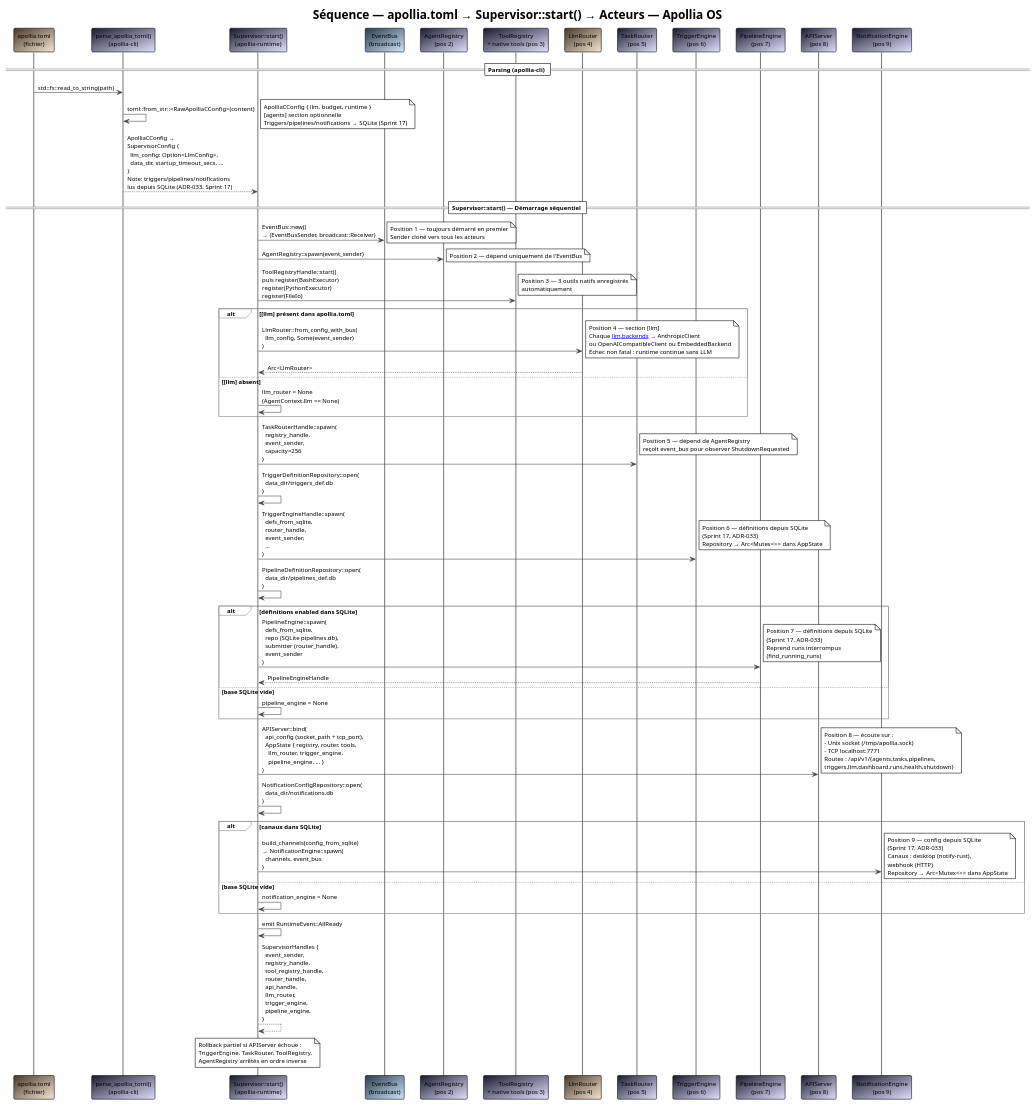
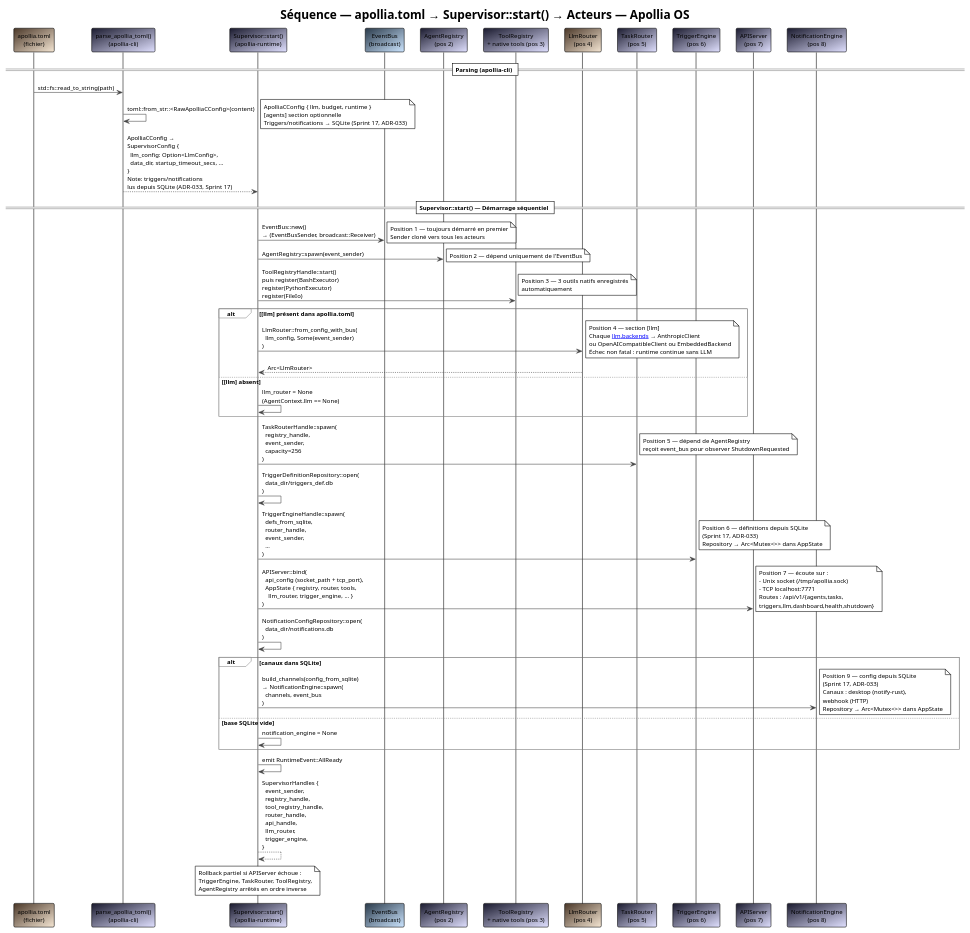
The diagram in docs/diagrams/seq-config-to-actors.puml (nidal-z/apollia-os), drawn with PlantUML before and after one commit. The commit also changed 50 other files, not shown here.

```diff
--- a/docs/diagrams/seq-config-to-actors.puml
+++ b/docs/diagrams/seq-config-to-actors.puml
@@ -1,85 +1,75 @@
 @startuml seq-config-to-actors
 !theme plain
 skinparam backgroundColor #FFFFFF
 skinparam defaultFontName "JetBrains Mono"
 skinparam defaultFontSize 11
 skinparam ArrowColor #444444
 skinparam BorderColor #444444
 skinparam SequenceGroupBorderColor #888888
 
 title Séquence — apollia.toml → Supervisor::start() → Acteurs — Apollia OS
 
 participant "apollia.toml\n(fichier)" as toml #4a3728/f5e6d3
 participant "parse_apollia_toml()\n(apollia-cli)" as cfg #1a1a2e/e0e0ff
 participant "Supervisor::start()\n(apollia-runtime)" as sup #1a1a2e/e0e0ff
 
 participant "EventBus\n(broadcast)" as bus #2a3a4a/cce5ff
 participant "AgentRegistry\n(pos 2)" as reg #1a1a2e/e0e0ff
 participant "ToolRegistry\n+ native tools (pos 3)" as tools #1a1a2e/e0e0ff
 participant "LlmRouter\n(pos 4)" as llm #4a3728/f5e6d3
 participant "TaskRouter\n(pos 5)" as router #1a1a2e/e0e0ff
 participant "TriggerEngine\n(pos 6)" as trig #1a1a2e/e0e0ff
-participant "PipelineEngine\n(pos 7)" as pipe #1a1a2e/e0e0ff
-participant "APIServer\n(pos 8)" as api #1a1a2e/e0e0ff
-participant "NotificationEngine\n(pos 9)" as notif #1a1a2e/e0e0ff
+participant "APIServer\n(pos 7)" as api #1a1a2e/e0e0ff
+participant "NotificationEngine\n(pos 8)" as notif #1a1a2e/e0e0ff
 
 == Parsing (apollia-cli) ==
 
 toml -> cfg : std::fs::read_to_string(path)
 cfg -> cfg : toml::from_str::<RawApolliaCConfig>(content)
-note right : ApolliaCConfig { llm, budget, runtime }\n[agents] section optionnelle\nTriggers/pipelines/notifications → SQLite (Sprint 17)
+note right : ApolliaCConfig { llm, budget, runtime }\n[agents] section optionnelle\nTriggers/notifications → SQLite (Sprint 17, ADR-033)
 
-cfg --> sup : ApolliaCConfig →\nSupervisorConfig {\n  llm_config: Option<LlmConfig>,\n  data_dir, startup_timeout_secs, ...\n}\nNote: triggers/pipelines/notifications\nlus depuis SQLite (ADR-033, Sprint 17)
+cfg --> sup : ApolliaCConfig →\nSupervisorConfig {\n  llm_config: Option<LlmConfig>,\n  data_dir, startup_timeout_secs, ...\n}\nNote: triggers/notifications\nlus depuis SQLite (ADR-033, Sprint 17)
 
 == Supervisor::start() — Démarrage séquentiel ==
 
 sup -> bus : EventBus::new()\n→ (EventBusSender, broadcast::Receiver)
 note right : Position 1 — toujours démarré en premier\nSender cloné vers tous les acteurs
 
 sup -> reg : AgentRegistry::spawn(event_sender)
 note right : Position 2 — dépend uniquement de l'EventBus
 
 sup -> tools : ToolRegistryHandle::start()\npuis register(BashExecutor)\nregister(PythonExecutor)\nregister(FileIo)
 note right : Position 3 — 3 outils natifs enregistrés\nautomatiquement
 
 alt [llm] présent dans apollia.toml
   sup -> llm : LlmRouter::from_config_with_bus(\n  llm_config, Some(event_sender)\n)
   note right : Position 4 — section [llm]\nChaque [[llm.backends]] → AnthropicClient\nou OpenAICompatibleClient ou EmbeddedBackend\nÉchec non fatal : runtime continue sans LLM
   llm --> sup : Arc<LlmRouter>
 else [llm] absent
   sup -> sup : llm_router = None\n(AgentContext.llm == None)
 end
 
 sup -> router : TaskRouterHandle::spawn(\n  registry_handle,\n  event_sender,\n  capacity=256\n)
 note right : Position 5 — dépend de AgentRegistry\nreçoit event_bus pour observer ShutdownRequested
 
 sup -> sup : TriggerDefinitionRepository::open(\n  data_dir/triggers_def.db\n)
 sup -> trig : TriggerEngineHandle::spawn(\n  defs_from_sqlite,\n  router_handle,\n  event_sender,\n  ...\n)
 note right : Position 6 — définitions depuis SQLite\n(Sprint 17, ADR-033)\nRepository → Arc<Mutex<>> dans AppState
 
-sup -> sup : PipelineDefinitionRepository::open(\n  data_dir/pipelines_def.db\n)
-alt définitions enabled dans SQLite
-  sup -> pipe : PipelineEngine::spawn(\n  defs_from_sqlite,\n  repo (SQLite pipelines.db),\n  submitter (router_handle),\n  event_sender\n)
-  note right : Position 7 — définitions depuis SQLite\n(Sprint 17, ADR-033)\nReprend runs interrompus\n(find_running_runs)
-  pipe --> sup : PipelineEngineHandle
-else base SQLite vide
-  sup -> sup : pipeline_engine = None
-end
-
-sup -> api : APIServer::bind(\n  api_config (socket_path + tcp_port),\n  AppState { registry, router, tools,\n    llm_router, trigger_engine,\n    pipeline_engine, ... }\n)
-note right : Position 8 — écoute sur :\n- Unix socket (/tmp/apollia.sock)\n- TCP localhost:7771\nRoutes : /api/v1/{agents,tasks,pipelines,\ntriggers,llm,dashboard,runs,health,shutdown}
+sup -> api : APIServer::bind(\n  api_config (socket_path + tcp_port),\n  AppState { registry, router, tools,\n    llm_router, trigger_engine, ... }\n)
+note right : Position 7 — écoute sur :\n- Unix socket (/tmp/apollia.sock)\n- TCP localhost:7771\nRoutes : /api/v1/{agents,tasks,\ntriggers,llm,dashboard,health,shutdown}
 
 sup -> sup : NotificationConfigRepository::open(\n  data_dir/notifications.db\n)
 alt canaux dans SQLite
   sup -> notif : build_channels(config_from_sqlite)\n→ NotificationEngine::spawn(\n  channels, event_bus\n)
   note right : Position 9 — config depuis SQLite\n(Sprint 17, ADR-033)\nCanaux : desktop (notify-rust),\nwebhook (HTTP)\nRepository → Arc<Mutex<>> dans AppState
 else base SQLite vide
   sup -> sup : notification_engine = None
 end
 
 sup -> sup : emit RuntimeEvent::AllReady
-sup --> sup : SupervisorHandles {\n  event_sender,\n  registry_handle,\n  tool_registry_handle,\n  router_handle,\n  api_handle,\n  llm_router,\n  trigger_engine,\n  pipeline_engine,\n}
+sup --> sup : SupervisorHandles {\n  event_sender,\n  registry_handle,\n  tool_registry_handle,\n  router_handle,\n  api_handle,\n  llm_router,\n  trigger_engine,\n}
 
 note over sup : Rollback partiel si APIServer échoue :\nTriggerEngine, TaskRouter, ToolRegistry,\nAgentRegistry arrêtés en ordre inverse
 
 @enduml
```
